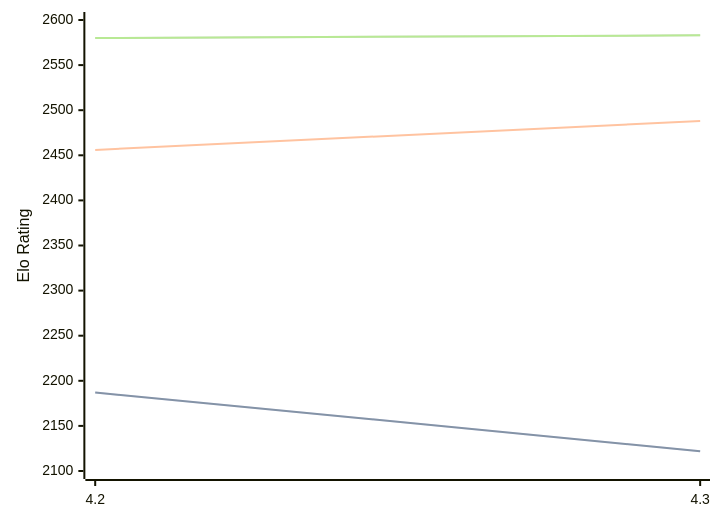
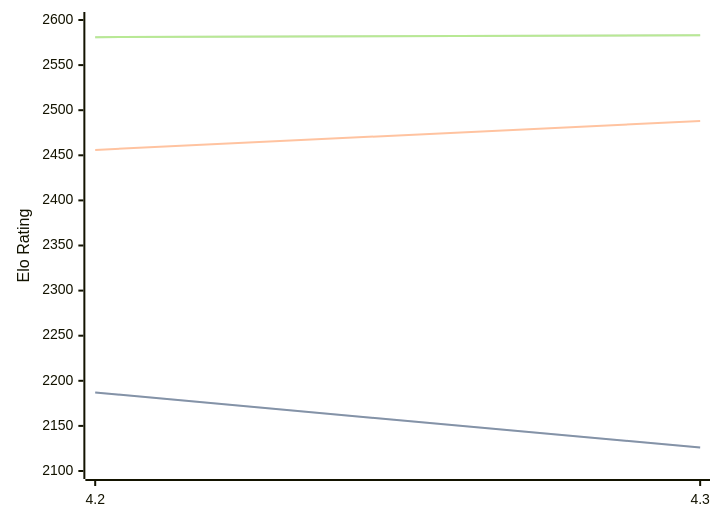
The diagram in engines/Eubos.md (computer-chess-index/cci), drawn with Mermaid before and after one commit. The commit also changed other lines of this file, not shown here.

Commit message:
Update CCI Ratings (ELO VLTC) - 2026-03-27

````diff
--- a/engines/Eubos.md
+++ b/engines/Eubos.md
@@ -88,11 +88,11 @@
 ```mermaid
 %%{init: {"theme":"base","themeVariables":{"seriesColors:['#a3a3a3','#222221','#faa371']}}}%%
 xychart-beta
   x-axis ["4.2", "4.3"]
   y-axis "Elo Rating" 2100 --> 2600
-  line "STC (8.0+0.08s)" [2187, 2122]
-  line "STC (8.0+0.08s)" [2187, 2122]
+  line "STC (8.0+0.08s)" [2187, 2126]
+  line "STC (8.0+0.08s)" [2187, 2126]
   line "LTC (60.0+0.60s)" [2456, 2488]
-  line "VLTC (2m24s+1.12s)" [2580, 2583]
-  line "VLTC (2m24s+1.12s)" [2580, 2583]
+  line "VLTC (2m24s+1.12s)" [2581, 2583]
+  line "VLTC (2m24s+1.12s)" [2581, 2583]
 ```
````
